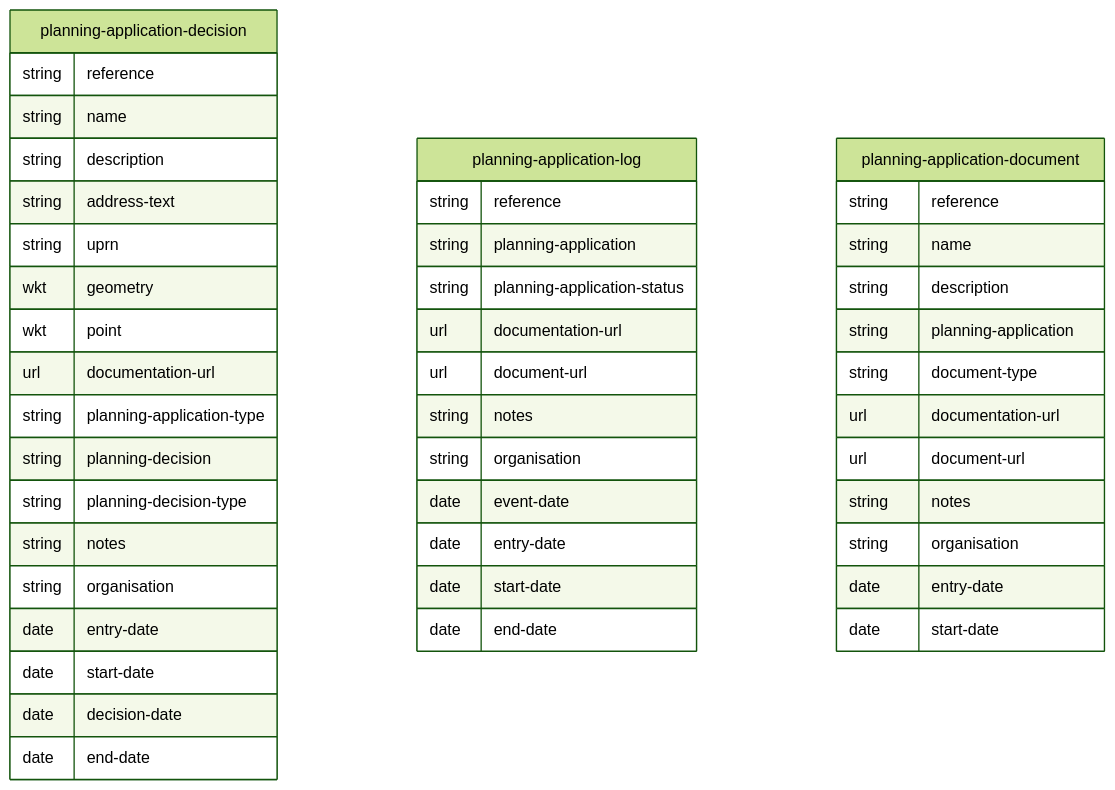
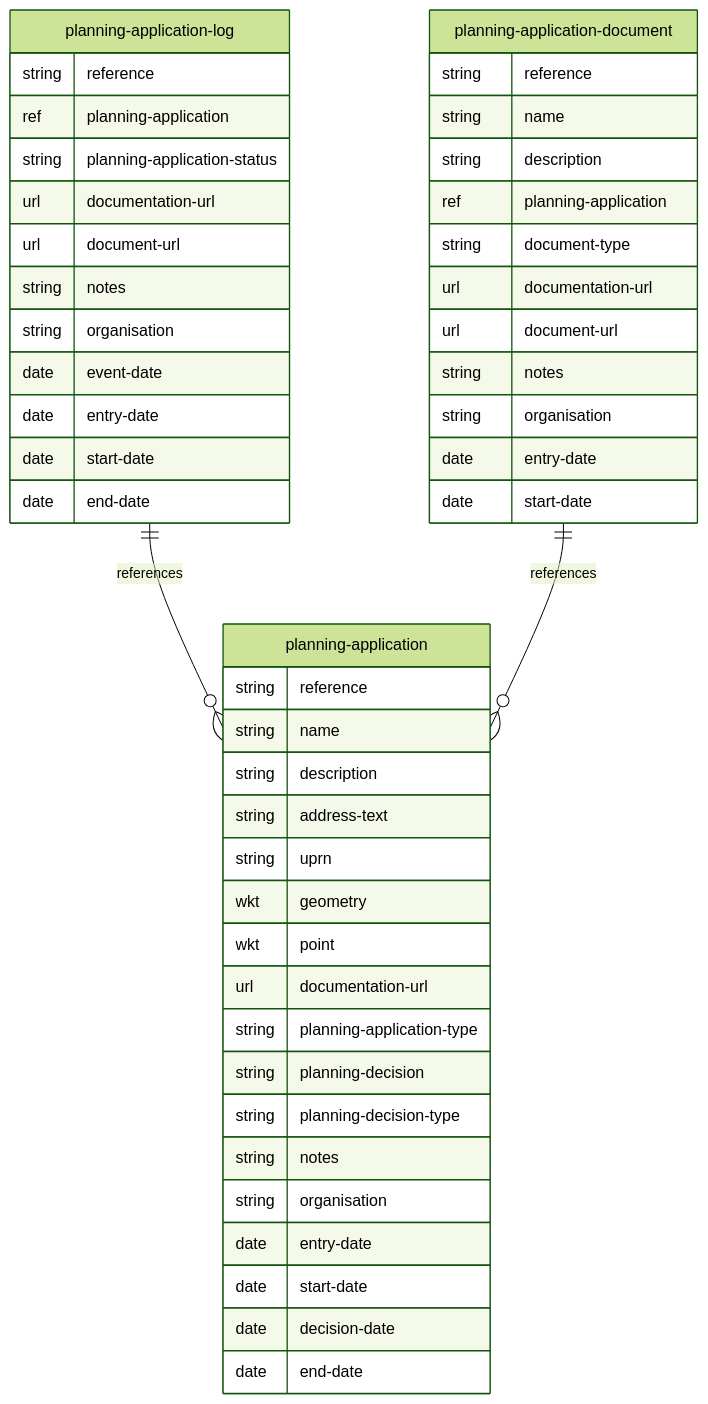
Before and after one commit to digital-land/specification: the diagram in docs/mermaid/planning-application-decision.md, drawn with Mermaid (forest theme). The commit also changed 55 other files, not shown here.

````diff
--- a/docs/mermaid/planning-application-decision.md
+++ b/docs/mermaid/planning-application-decision.md
@@ -4,48 +4,50 @@
 ```mermaid
 erDiagram
-    planning-application-decision {
+    planning-application {
         string reference
         string name
         string description
         string address-text
         string uprn
         wkt geometry
         wkt point
         url documentation-url
         string planning-application-type
         string planning-decision
         string planning-decision-type
         string notes
         string organisation
         date entry-date
         date start-date
         date decision-date
         date end-date
     }
     planning-application-log {
         string reference
-        string planning-application
+        ref planning-application
         string planning-application-status
         url documentation-url
         url document-url
         string notes
         string organisation
         date event-date
         date entry-date
         date start-date
         date end-date
     }
     planning-application-document {
         string reference
         string name
         string description
-        string planning-application
+        ref planning-application
         string document-type
         url documentation-url
         url document-url
         string notes
         string organisation
         date entry-date
         date start-date
     }
+    planning-application-log ||--o{ planning-application : references
+    planning-application-document ||--o{ planning-application : references
 ```
````
